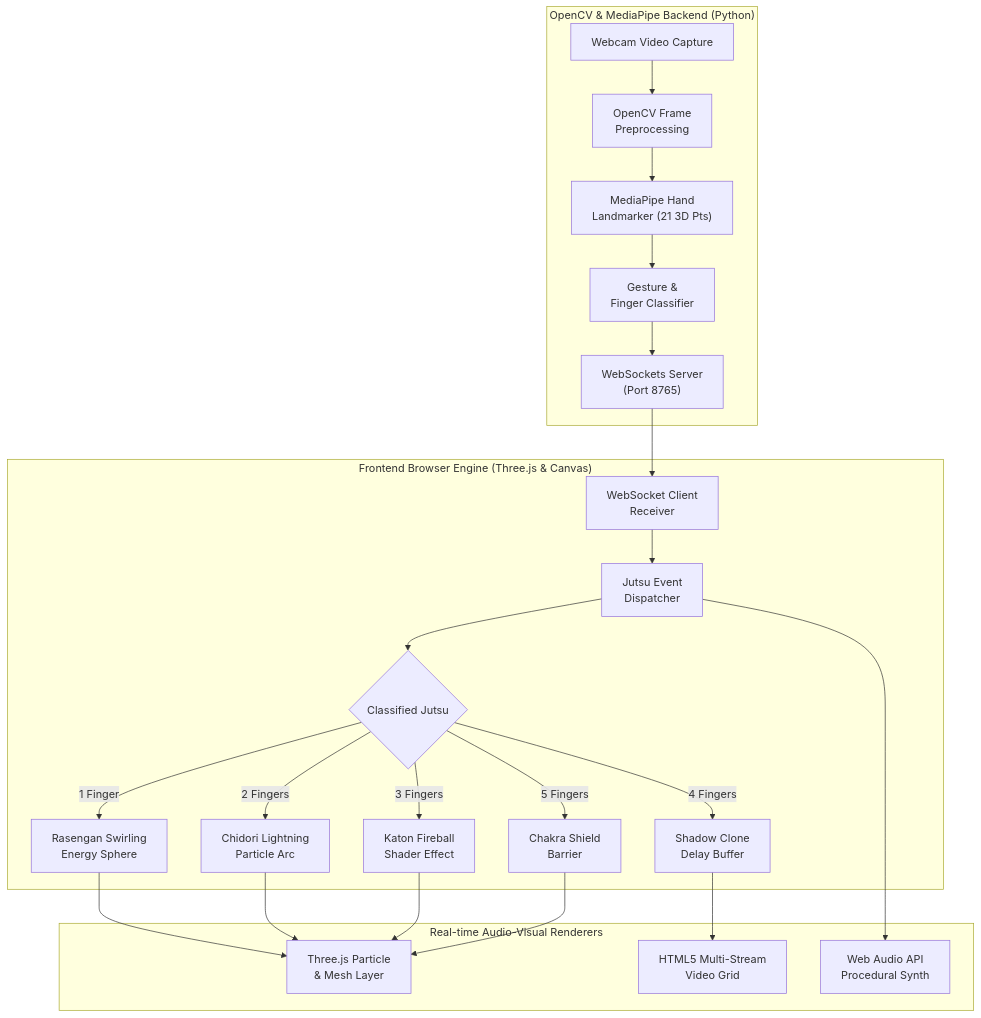
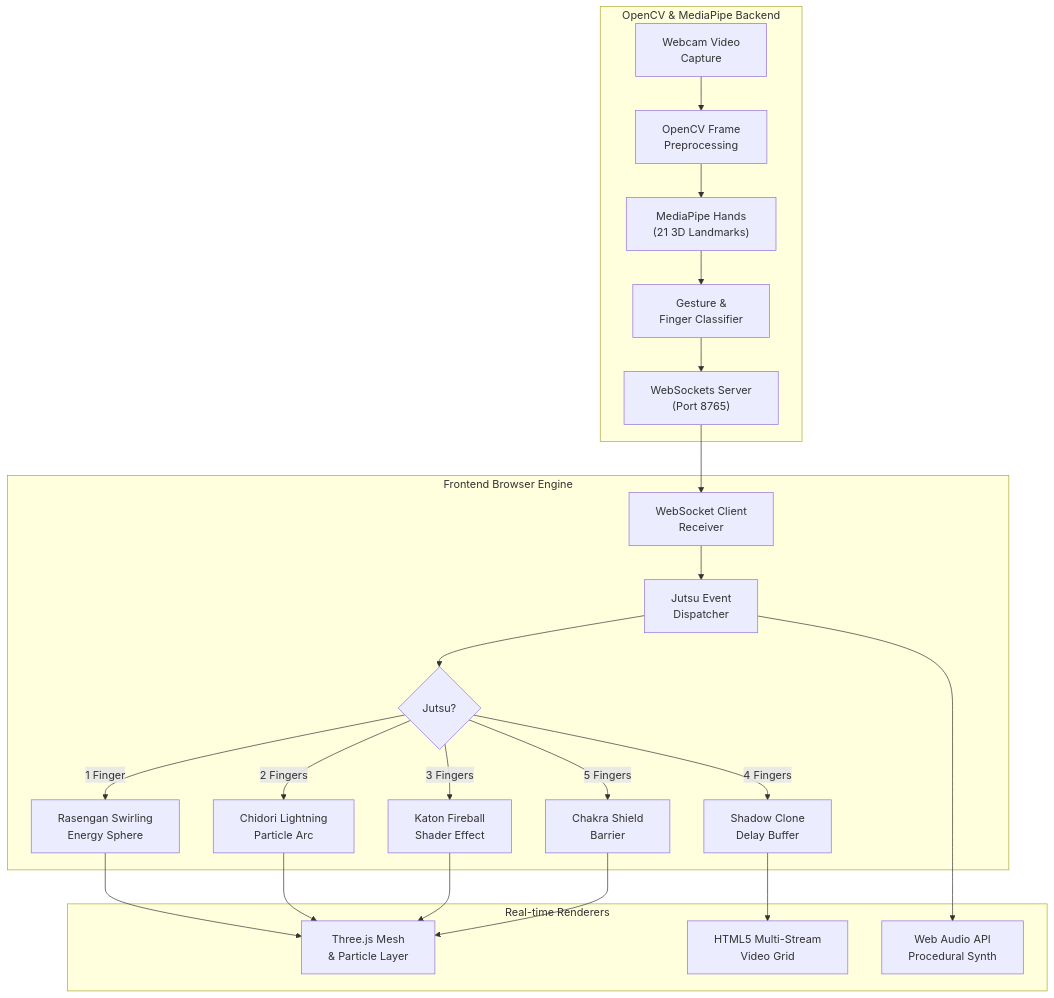
One commit to ISBANDURAHUMAN-R/NINJA-ACADEMY changed the diagram in README.md. Above: the diagram before and after it, drawn with Mermaid.

Commit message:
docs: fix Mermaid label truncation with line wrapping and non-clipping padding

````diff
--- a/README.md
+++ b/README.md
@@ -20,30 +20,30 @@
 ```mermaid
 graph TD
-    subgraph VisionPipeline ["OpenCV & MediaPipe Backend (Python)"]
-        Cam["Webcam Video Capture"] --> CV["OpenCV Frame<br/>Preprocessing"]
-        CV --> MP["MediaPipe Hand<br/>Landmarker (21 3D Pts)"]
-        MP --> GestureDetect["Gesture &amp;<br/>Finger Classifier"]
-        GestureDetect --> WSServer["WebSockets Server<br/>(Port 8765)"]
+    subgraph VisionPipeline ["&nbsp; OpenCV &amp; MediaPipe Backend &nbsp;"]
+        Cam["&nbsp; Webcam Video &nbsp;<br/>&nbsp; Capture &nbsp;"] --> CV["&nbsp; OpenCV Frame &nbsp;<br/>&nbsp; Preprocessing &nbsp;"]
+        CV --> MP["&nbsp; MediaPipe Hands &nbsp;<br/>&nbsp; (21 3D Landmarks) &nbsp;"]
+        MP --> GestureDetect["&nbsp; Gesture &amp; &nbsp;<br/>&nbsp; Finger Classifier &nbsp;"]
+        GestureDetect --> WSServer["&nbsp; WebSockets Server &nbsp;<br/>&nbsp; (Port 8765) &nbsp;"]
     end
 
-    subgraph BrowserClient ["Frontend Browser Engine (Three.js & Canvas)"]
-        WSClient["WebSocket Client<br/>Receiver"] --> StateBus["Jutsu Event<br/>Dispatcher"]
-        StateBus --> JutsuState{"Classified Jutsu"}
-        JutsuState -- 1 Finger --> Rasengan["Rasengan Swirling<br/>Energy Sphere"]
-        JutsuState -- 2 Fingers --> Chidori["Chidori Lightning<br/>Particle Arc"]
-        JutsuState -- 3 Fingers --> Fireball["Katon Fireball<br/>Shader Effect"]
-        JutsuState -- 4 Fingers --> Clone["Shadow Clone<br/>Delay Buffer"]
-        JutsuState -- 5 Fingers --> Barrier["Chakra Shield<br/>Barrier"]
+    subgraph BrowserClient ["&nbsp; Frontend Browser Engine &nbsp;"]
+        WSClient["&nbsp; WebSocket Client &nbsp;<br/>&nbsp; Receiver &nbsp;"] --> StateBus["&nbsp; Jutsu Event &nbsp;<br/>&nbsp; Dispatcher &nbsp;"]
+        StateBus --> JutsuState{"&nbsp; Jutsu? &nbsp;"}
+        JutsuState -- 1 Finger --> Rasengan["&nbsp; Rasengan Swirling &nbsp;<br/>&nbsp; Energy Sphere &nbsp;"]
+        JutsuState -- 2 Fingers --> Chidori["&nbsp; Chidori Lightning &nbsp;<br/>&nbsp; Particle Arc &nbsp;"]
+        JutsuState -- 3 Fingers --> Fireball["&nbsp; Katon Fireball &nbsp;<br/>&nbsp; Shader Effect &nbsp;"]
+        JutsuState -- 4 Fingers --> Clone["&nbsp; Shadow Clone &nbsp;<br/>&nbsp; Delay Buffer &nbsp;"]
+        JutsuState -- 5 Fingers --> Barrier["&nbsp; Chakra Shield &nbsp;<br/>&nbsp; Barrier &nbsp;"]
     end
 
-    subgraph GraphicsAudio ["Real-time Audio-Visual Renderers"]
-        Rasengan --> ThreeMesh["Three.js Particle<br/>& Mesh Layer"]
+    subgraph GraphicsAudio ["&nbsp; Real-time Renderers &nbsp;"]
+        Rasengan --> ThreeMesh["&nbsp; Three.js Mesh &nbsp;<br/>&nbsp; &amp; Particle Layer &nbsp;"]
         Chidori --> ThreeMesh
         Fireball --> ThreeMesh
         Barrier --> ThreeMesh
-        Clone --> CanvasMulti["HTML5 Multi-Stream<br/>Video Grid"]
-        StateBus --> AudioSynth["Web Audio API<br/>Procedural Synth"]
+        Clone --> CanvasMulti["&nbsp; HTML5 Multi-Stream &nbsp;<br/>&nbsp; Video Grid &nbsp;"]
+        StateBus --> AudioSynth["&nbsp; Web Audio API &nbsp;<br/>&nbsp; Procedural Synth &nbsp;"]
     end
 
     WSServer --> WSClient
 ```
````
